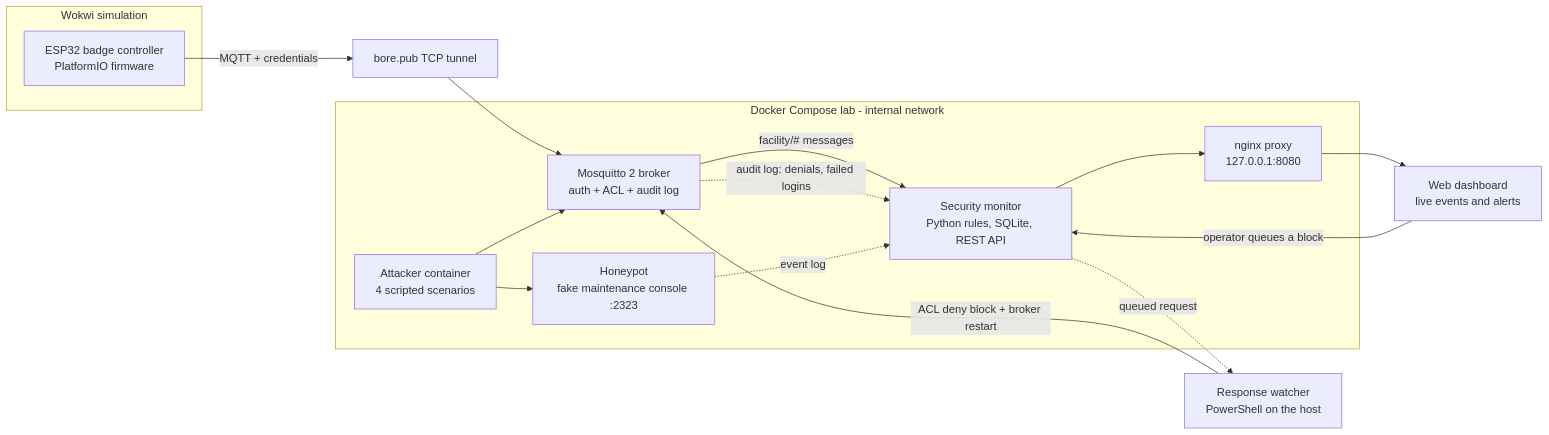
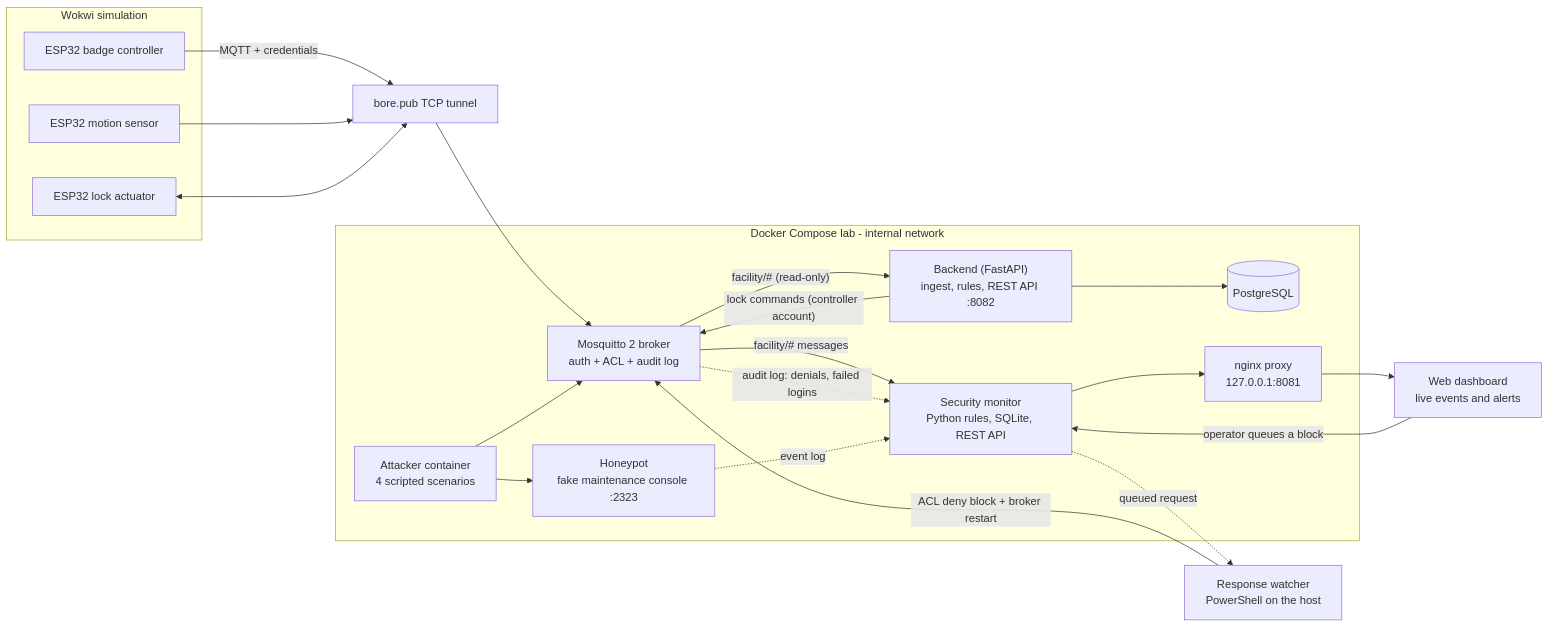
Before and after one commit to ghadabennasr/iot-cyber-range: the first of 2 diagrams in README.md, drawn with Mermaid. The commit also changed other lines of this file and 2 other files, not shown here.

````diff
--- a/README.md
+++ b/README.md
@@ -33,27 +40,37 @@
 ```mermaid
 flowchart LR
     subgraph SIM["Wokwi simulation"]
-        BADGE["ESP32 badge controller<br/>PlatformIO firmware"]
+        BADGE["ESP32 badge controller"]
+        MOTION["ESP32 motion sensor"]
+        LOCK["ESP32 lock actuator"]
     end
     TUN["bore.pub TCP tunnel"]
     subgraph LAB["Docker Compose lab - internal network"]
         BROKER["Mosquitto 2 broker<br/>auth + ACL + audit log"]
+        BACKEND["Backend (FastAPI)<br/>ingest, rules, REST API :8082"]
+        PG[("PostgreSQL")]
         HONEY["Honeypot<br/>fake maintenance console :2323"]
         ATTACKER["Attacker container<br/>4 scripted scenarios"]
         IDS["Security monitor<br/>Python rules, SQLite, REST API"]
-        PROXY["nginx proxy<br/>127.0.0.1:8080"]
+        PROXY["nginx proxy<br/>127.0.0.1:8081"]
     end
     DASH["Web dashboard<br/>live events and alerts"]
     WATCHER["Response watcher<br/>PowerShell on the host"]
 
-    BADGE -->|"MQTT + credentials"| TUN --> BROKER
+    BADGE -->|"MQTT + credentials"| TUN
+    MOTION --> TUN
+    LOCK <--> TUN
+    TUN --> BROKER
+    BROKER -->|"facility/# (read-only)"| BACKEND
+    BACKEND -->|"lock commands (controller account)"| BROKER
+    BACKEND --> PG
     ATTACKER --> BROKER
     ATTACKER --> HONEY
     BROKER -->|"facility/# messages"| IDS
     BROKER -.->|"audit log: denials, failed logins"| IDS
     HONEY -.->|"event log"| IDS
     IDS --> PROXY --> DASH
     DASH -->|"operator queues a block"| IDS
     IDS -.->|"queued request"| WATCHER
     WATCHER -->|"ACL deny block + broker restart"| BROKER
 ```
````
